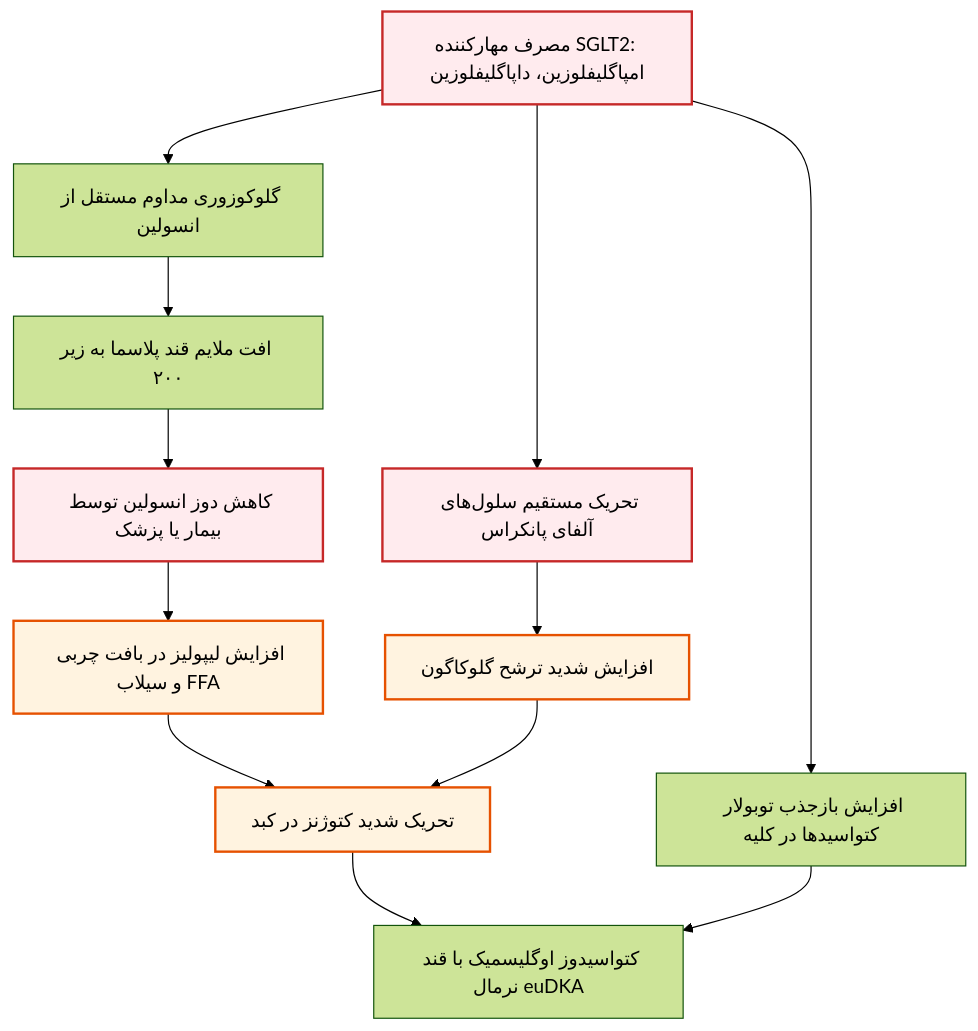
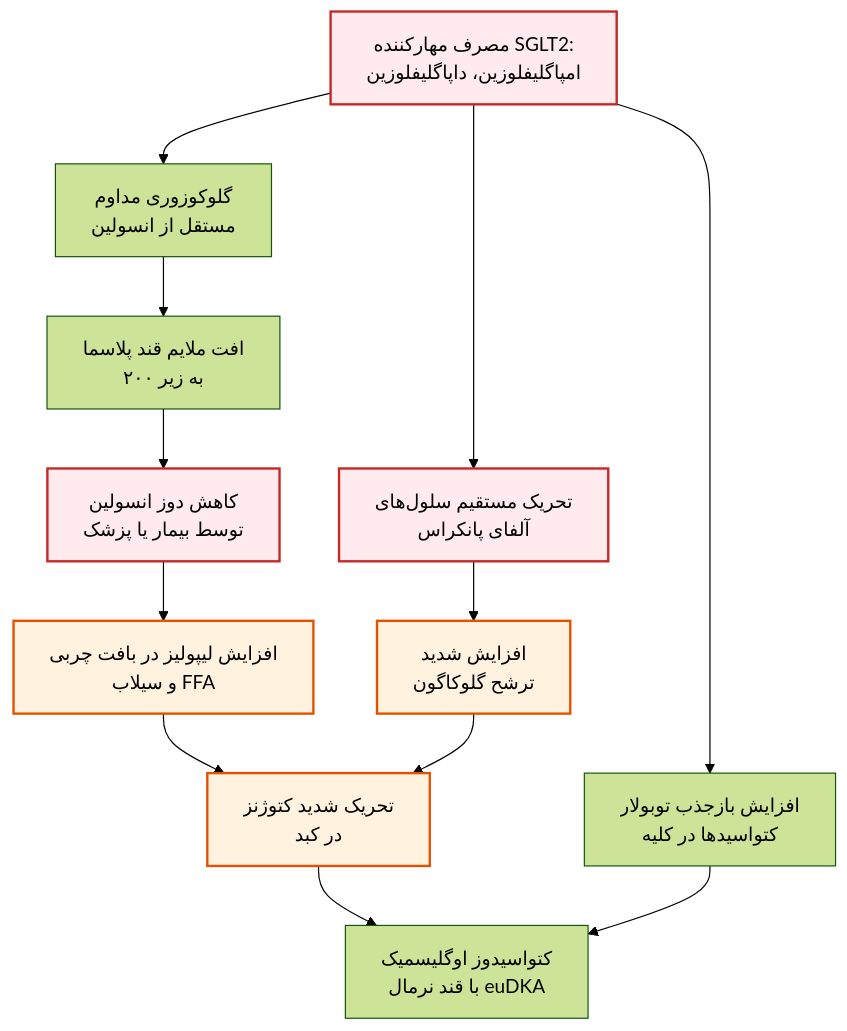
The eighth of 8 diagrams in 07/مبانی غدد/عوارض دیابت.md (neopulse-hub/TUMS-1402-1-neo), drawn with Mermaid (forest theme) before and after one commit. The commit also changed other lines of this file, not shown here.

Commit message:
Update عوارض دیابت.md

````diff
--- a/07/مبانی غدد/عوارض دیابت.md
+++ b/07/مبانی غدد/عوارض دیابت.md
@@ -456,18 +457,19 @@
 ```mermaid
 flowchart TD
-    classDef drug fill:#ffebee,stroke:#c62828,stroke-width:2px;
-    classDef liver fill:#fff3e0,stroke:#e65100,stroke-width:2px;
 
-    SGLT2i[مصرف مهارکننده SGLT2: امپاگلیفلوزین، داپاگلیفلوزین]:::drug --> Glucosuria[گلوکوزوری مداوم مستقل از انسولین]
-    Glucosuria --> LowerBS[افت ملایم قند پلاسما به زیر ۲۰۰]
-    LowerBS --> CutInsulin[کاهش دوز انسولین توسط بیمار یا پزشک]:::drug
-    
-    CutInsulin --> HighLipo[افزایش لیپولیز در بافت چربی و سیلاب FFA]:::liver
-    SGLT2i --> AlphaStim[تحریک مستقیم سلول‌های آلفای پانکراس]:::drug
-    AlphaStim --> HighGlucagon[افزایش شدید ترشح گلوکاگون]:::liver
-    
-    SGLT2i --> RenalReabs[افزایش بازجذب توبولار کتواسیدها در کلیه]
-    
-    HighLipo & HighGlucagon --> LiverKeto[تحریک شدید کتوژنز در کبد]:::liver
-    LiverKeto & RenalReabs --> euDKA[کتواسیدوز اوگلیسمیک با قند نرمال euDKA]
+classDef drug fill:#ffebee,stroke:#c62828,stroke-width:2px;
+
+classDef liver fill:#fff3e0,stroke:#e65100,stroke-width:2px;
+SGLT2i[مصرف مهارکننده SGLT2:<br>امپاگلیفلوزین، داپاگلیفلوزین]:::drug --> Glucosuria[گلوکوزوری مداوم<br>مستقل از انسولین]
+Glucosuria --> LowerBS[افت ملایم قند پلاسما<br>به زیر ۲۰۰]
+LowerBS --> CutInsulin[کاهش دوز انسولین<br>توسط بیمار یا پزشک]:::drug
+
+CutInsulin --> HighLipo[افزایش لیپولیز در بافت چربی<br>و سیلاب FFA]:::liver
+SGLT2i --> AlphaStim[تحریک مستقیم سلول‌های<br>آلفای پانکراس]:::drug
+AlphaStim --> HighGlucagon[افزایش شدید<br>ترشح گلوکاگون]:::liver
+
+SGLT2i --> RenalReabs[افزایش بازجذب توبولار<br>کتواسیدها در کلیه]
+
+HighLipo & HighGlucagon --> LiverKeto[تحریک شدید کتوژنز<br>در کبد]:::liver
+LiverKeto & RenalReabs --> euDKA[کتواسیدوز اوگلیسمیک<br>با قند نرمال euDKA]
 ```
````
